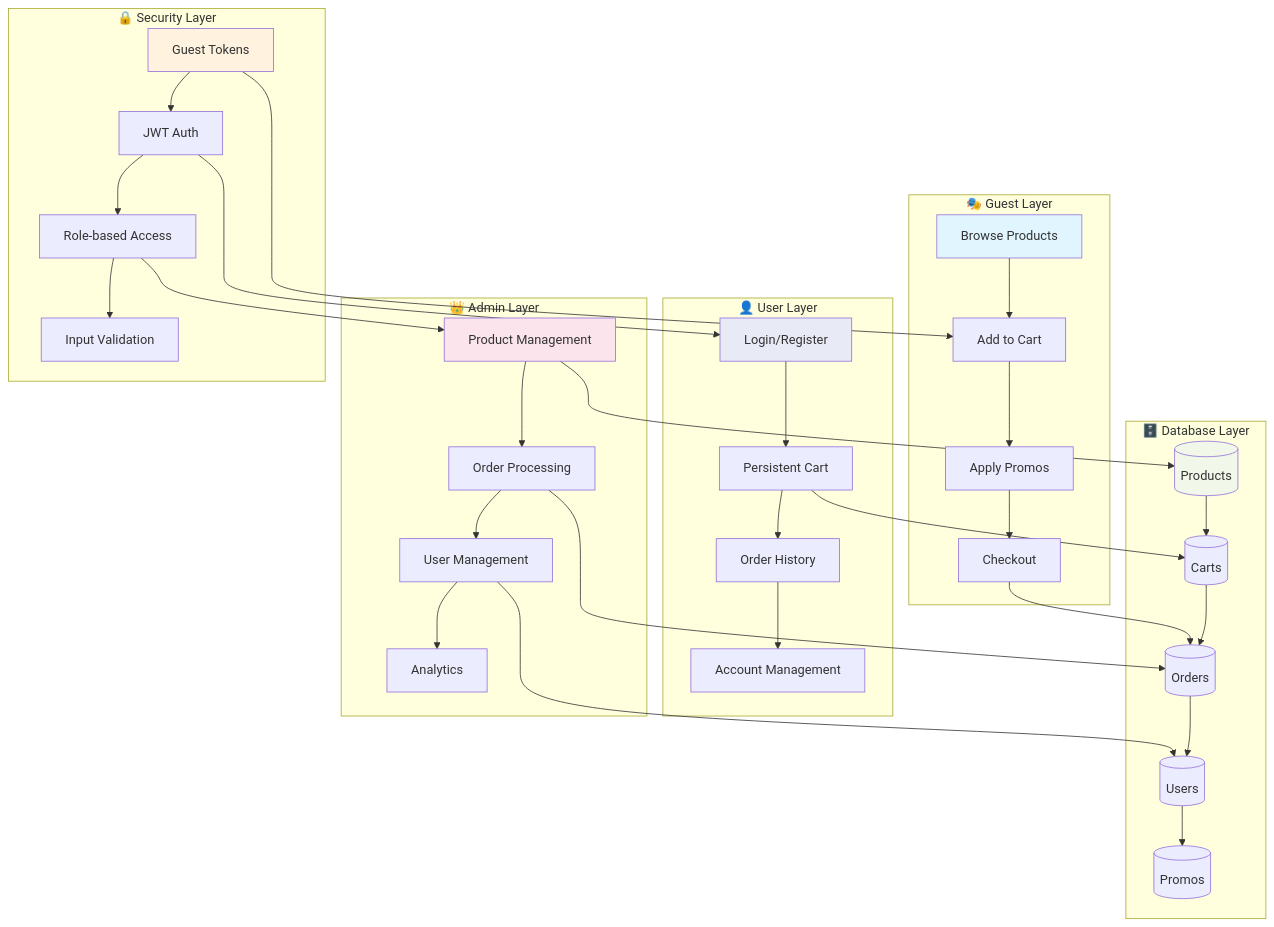
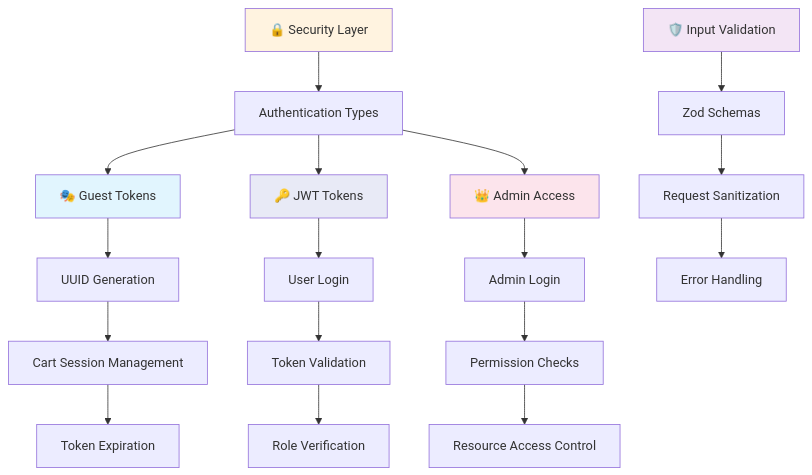
Before and after one commit to Shariarhosain/project: the ninth of 10 diagrams in README.md, drawn with Mermaid. The commit also changed other lines of this file, not shown here.

Commit message:
feat: Update admin user flow diagrams and enhance management actions for products, orders, users, and promotions

````diff
--- a/README.md
+++ b/README.md
@@ -181,49 +294,30 @@
 ```mermaid
-graph TB
-    subgraph "🎭 Guest Layer"
-        A1[Browse Products] --> A2[Add to Cart]
-        A2 --> A3[Apply Promos]
-        A3 --> A4[Checkout]
-    end
+graph TD
+    A[🔒 Security Layer] --> B[Authentication Types]
     
-    subgraph "👤 User Layer"  
-        B1[Login/Register] --> B2[Persistent Cart]
-        B2 --> B3[Order History]
-        B3 --> B4[Account Management]
-    end
+    B --> C[🎭 Guest Tokens]
+    B --> D[🔑 JWT Tokens]
+    B --> E[👑 Admin Access]
     
-    subgraph "👑 Admin Layer"
-        C1[Product Management] --> C2[Order Processing]
-        C2 --> C3[User Management]
-        C3 --> C4[Analytics]
-    end
+    C --> C1[UUID Generation]
+    C1 --> C2[Cart Session Management]
+    C2 --> C3[Token Expiration]
     
-    subgraph "🗄️ Database Layer"
-        D1[(Products)] --> D2[(Carts)]
-        D2 --> D3[(Orders)]
-        D3 --> D4[(Users)]
-        D4 --> D5[(Promos)]
-    end
+    D --> D1[User Login]
+    D1 --> D2[Token Validation]
+    D2 --> D3[Role Verification]
     
-    subgraph "🔒 Security Layer"
-        E1[Guest Tokens] --> E2[JWT Auth]
-        E2 --> E3[Role-based Access]
-        E3 --> E4[Input Validation]
-    end
+    E --> E1[Admin Login]
+    E1 --> E2[Permission Checks]
+    E2 --> E3[Resource Access Control]
     
-    A4 --> D3
-    B2 --> D2
-    C1 --> D1
-    C2 --> D3
-    C3 --> D4
+    F[🛡️ Input Validation] --> F1[Zod Schemas]
+    F1 --> F2[Request Sanitization]
+    F2 --> F3[Error Handling]
     
-    E1 --> A2
-    E2 --> B1
-    E3 --> C1
-    
-    style A1 fill:#e1f5fe
-    style B1 fill:#e8eaf6
-    style C1 fill:#fce4ec
-    style D1 fill:#f1f8e9
-    style E1 fill:#fff3e0
+    style A fill:#fff3e0
+    style C fill:#e1f5fe
+    style D fill:#e8eaf6
+    style E fill:#fce4ec
+    style F fill:#f3e5f5
 ```
````
